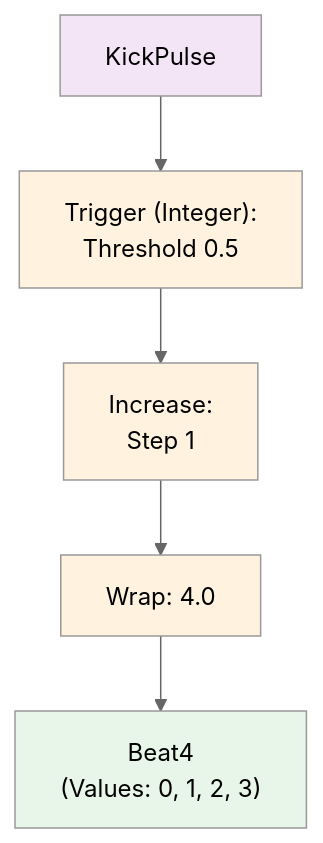
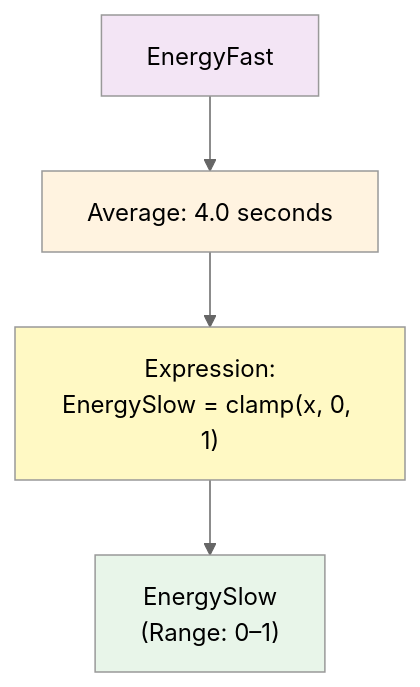
One commit to abossard/synesthesia-visuals changed the eighth of 17 diagrams in docs/mmv-master-pipeline-guide.md. Above: the diagram before and after it, drawn with Mermaid (neutral theme). The commit also changed other lines of this file, not shown here.

````diff
--- a/docs/mmv-master-pipeline-guide.md
+++ b/docs/mmv-master-pipeline-guide.md
@@ -434,13 +364,11 @@
 ```mermaid
 flowchart TD
-    KICK_PULSE_IN["KickPulse"] --> TRIG_B["Trigger (Integer):<br/>Threshold 0.5"]
-    TRIG_B --> INC_B["Increase:<br/>Step 1"]
-    INC_B --> WRAP_B["Wrap: 4.0"]
-    WRAP_B --> BEAT4["Beat4<br/>(Values: 0, 1, 2, 3)"]
+    ENERGYFAST_IN["EnergyFast"] --> AVG_ES["Average: 4.0 seconds"]
+    AVG_ES --> EXPR_ES["Expression:<br/>EnergySlow = clamp(x, 0, 1)"]
+    EXPR_ES --> ENERGYSLOW["EnergySlow<br/>(Range: 0–1)"]
     
-    style KICK_PULSE_IN fill:#f3e5f5
-    style TRIG_B fill:#fff3e0
-    style INC_B fill:#fff3e0
-    style WRAP_B fill:#fff3e0
-    style BEAT4 fill:#e8f5e9
+    style ENERGYFAST_IN fill:#f3e5f5
+    style AVG_ES fill:#fff3e0
+    style EXPR_ES fill:#fff9c4
+    style ENERGYSLOW fill:#e8f5e9
 ```
````
